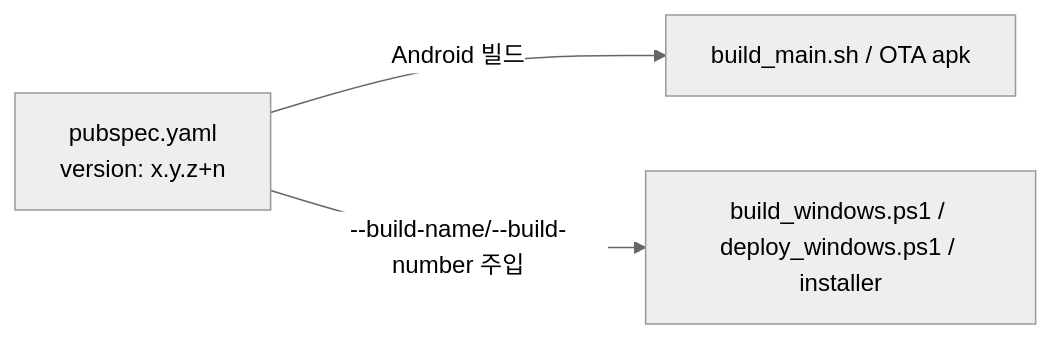
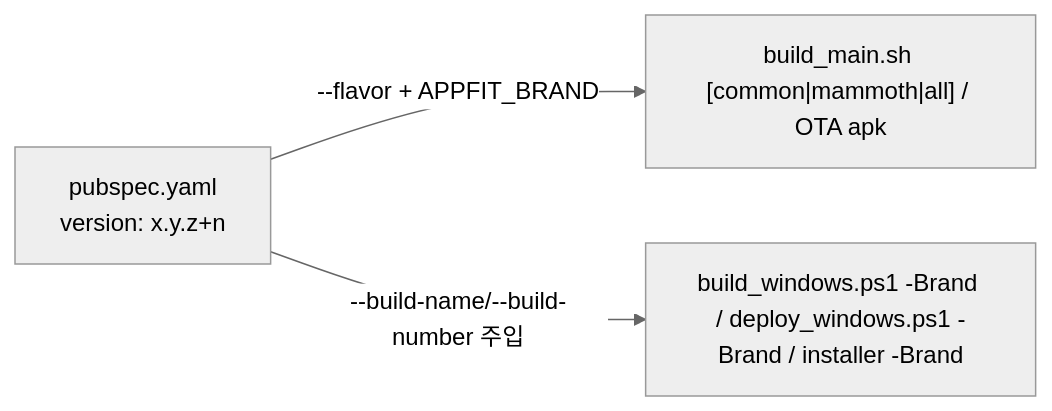
The second of 2 diagrams in docs/BUILD_VARIANTS.md (waldlustpos/appfit_order_agent), drawn with Mermaid (neutral theme) before and after one commit. The commit also changed other lines of this file and 9 other files, not shown here.

````diff
--- a/docs/BUILD_VARIANTS.md
+++ b/docs/BUILD_VARIANTS.md
@@ -52,6 +86,6 @@
 ```mermaid
 flowchart LR
     PUB["pubspec.yaml<br/>version: x.y.z+n"]
-    PUB -->|Android 빌드| AND["build_main.sh / OTA apk"]
-    PUB -->|--build-name/--build-number 주입| WIN["build_windows.ps1 / deploy_windows.ps1 / installer"]
+    PUB -->|--flavor + APPFIT_BRAND| AND["build_main.sh [common|mammoth|all] / OTA apk"]
+    PUB -->|--build-name/--build-number 주입| WIN["build_windows.ps1 -Brand / deploy_windows.ps1 -Brand / installer -Brand"]
 ```
````
